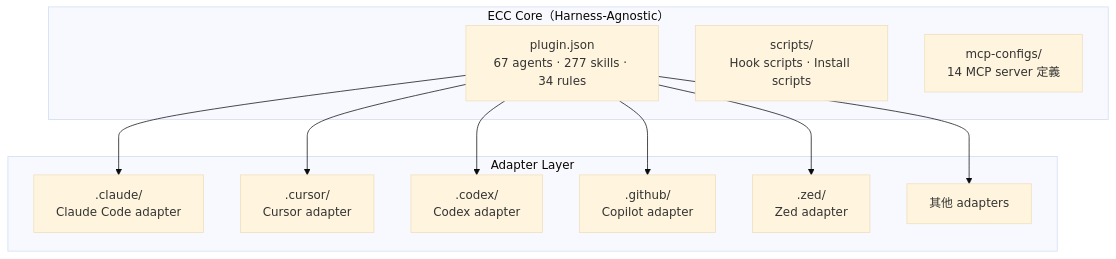
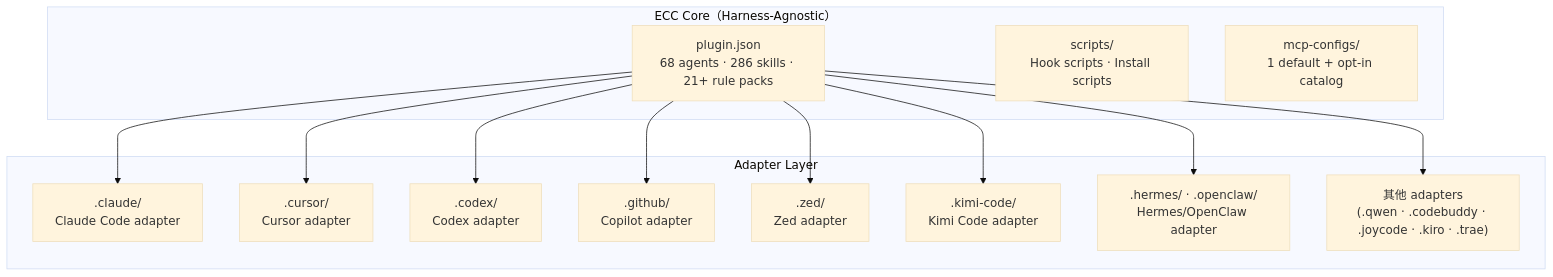
One commit to chihhung/Blog changed diagram 23 of 24 in content/posts/教學/AI開發/Everything Claude Code 教學手冊.md. Above: the diagram before and after it, drawn with Mermaid (base theme). The commit also changed other lines of this file, not shown here.

````diff
--- a/content/posts/教學/AI開發/Everything Claude Code 教學手冊.md
+++ b/content/posts/教學/AI開發/Everything Claude Code 教學手冊.md
@@ -2496,24 +2887,28 @@
 ```mermaid
 graph TB
     subgraph "ECC Core（Harness-Agnostic）"
-        Plugin["plugin.json<br/>67 agents · 277 skills · 34 rules"]
+        Plugin["plugin.json<br/>68 agents · 286 skills · 21+ rule packs"]
         Scripts["scripts/<br/>Hook scripts · Install scripts"]
-        MCP["mcp-configs/<br/>14 MCP server 定義"]
+        MCP["mcp-configs/<br/>1 default + opt-in catalog"]
     end
 
     subgraph "Adapter Layer"
         AdClaude[".claude/<br/>Claude Code adapter"]
         AdCursor[".cursor/<br/>Cursor adapter"]
         AdCodex[".codex/<br/>Codex adapter"]
         AdCopilot[".github/<br/>Copilot adapter"]
         AdZed[".zed/<br/>Zed adapter"]
-        AdOther["其他 adapters"]
+        AdKimi[".kimi-code/<br/>Kimi Code adapter"]
+        AdHermes[".hermes/ · .openclaw/<br/>Hermes/OpenClaw adapter"]
+        AdOther["其他 adapters<br/>(.qwen · .codebuddy · .joycode · .kiro · .trae)"]
     end
 
     Plugin --> AdClaude
     Plugin --> AdCursor
     Plugin --> AdCodex
     Plugin --> AdCopilot
     Plugin --> AdZed
+    Plugin --> AdKimi
+    Plugin --> AdHermes
     Plugin --> AdOther
 ```
````
